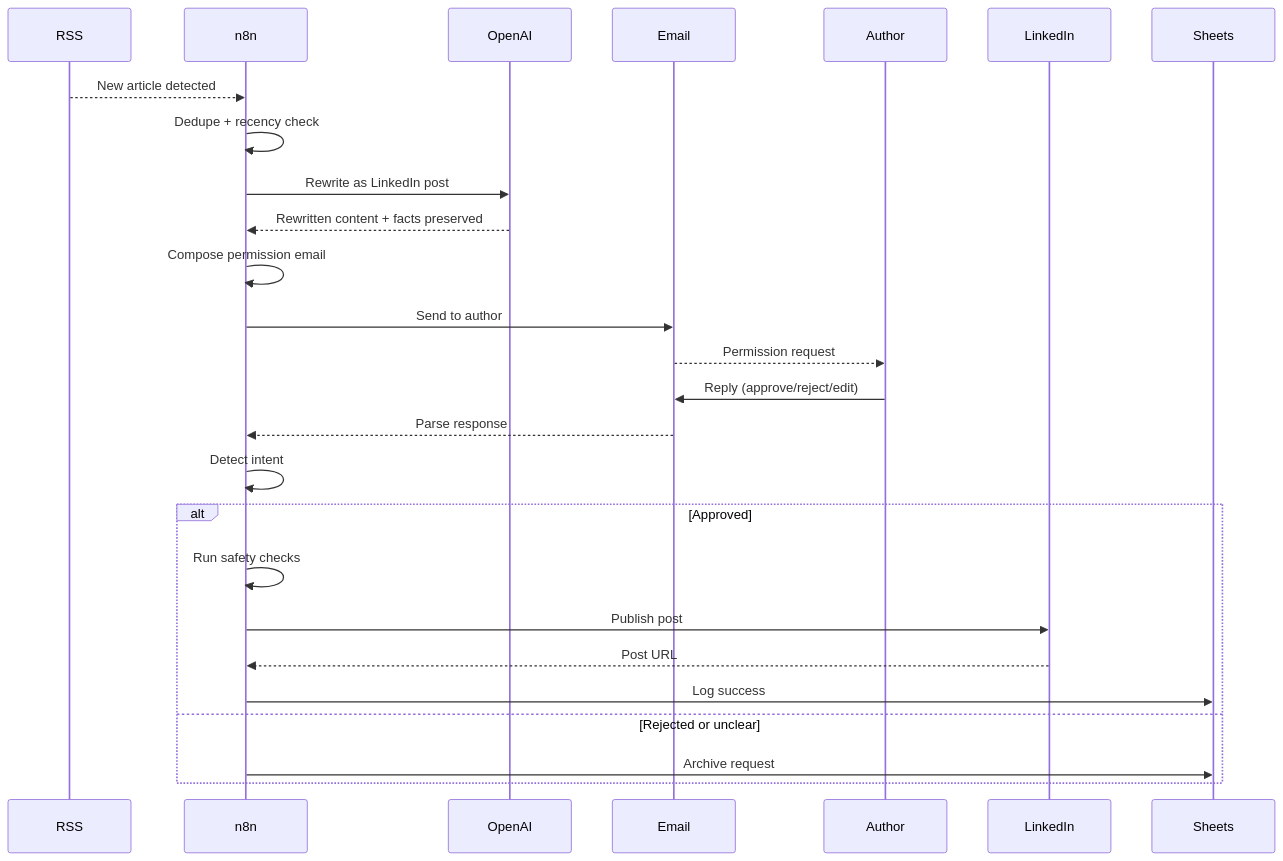
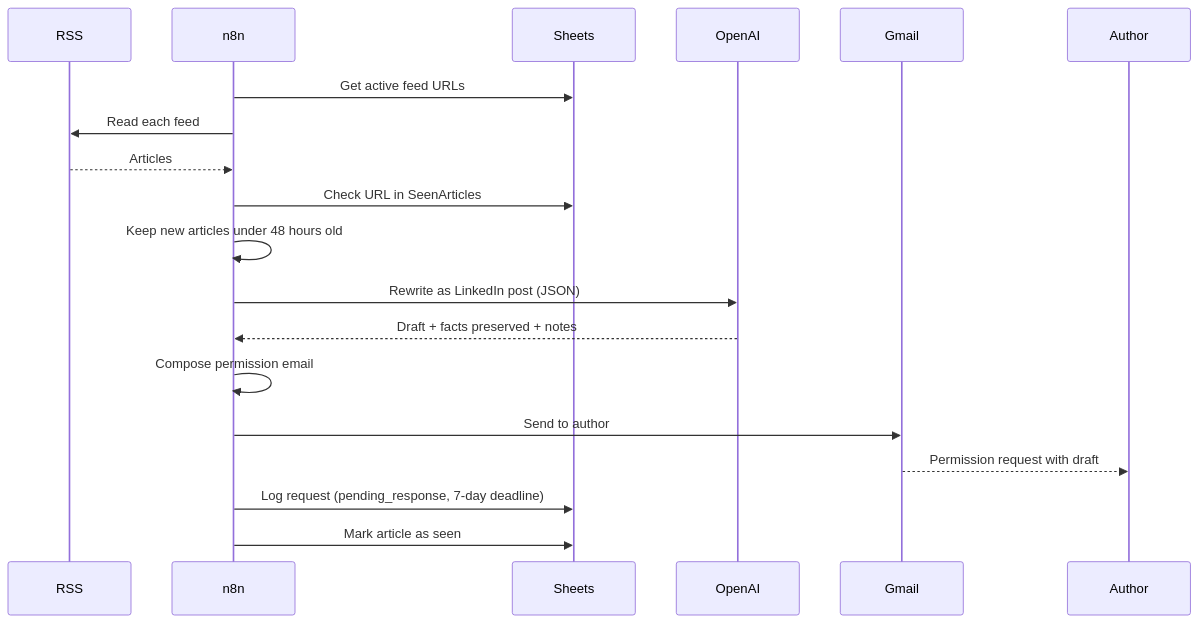
Before and after one commit to khaledabdelaziz1330-dot/Khaled-AI-Automation-Portfolio: the third of 4 diagrams in marketing-lead-engine/architecture.md, drawn with Mermaid. The commit also changed other lines of this file and 50 other files, not shown here.

````diff
--- a/marketing-lead-engine/architecture.md
+++ b/marketing-lead-engine/architecture.md
@@ -65,29 +59,22 @@
 ```mermaid
 sequenceDiagram
     participant RSS
     participant n8n
+    participant Sheets
     participant OpenAI
-    participant Email
+    participant Gmail
     participant Author
-    participant LinkedIn
-    participant Sheets
-    
-    RSS-->>n8n: New article detected
-    n8n->>n8n: Dedupe + recency check
-    n8n->>OpenAI: Rewrite as LinkedIn post
-    OpenAI-->>n8n: Rewritten content + facts preserved
+
+    n8n->>Sheets: Get active feed URLs
+    n8n->>RSS: Read each feed
+    RSS-->>n8n: Articles
+    n8n->>Sheets: Check URL in SeenArticles
+    n8n->>n8n: Keep new articles under 48 hours old
+    n8n->>OpenAI: Rewrite as LinkedIn post (JSON)
+    OpenAI-->>n8n: Draft + facts preserved + notes
     n8n->>n8n: Compose permission email
-    n8n->>Email: Send to author
-    Email-->>Author: Permission request
-    Author->>Email: Reply (approve/reject/edit)
-    Email-->>n8n: Parse response
-    n8n->>n8n: Detect intent
-    alt Approved
-        n8n->>n8n: Run safety checks
-        n8n->>LinkedIn: Publish post
-        LinkedIn-->>n8n: Post URL
-        n8n->>Sheets: Log success
-    else Rejected or unclear
-        n8n->>Sheets: Archive request
-    end
+    n8n->>Gmail: Send to author
+    Gmail-->>Author: Permission request with draft
+    n8n->>Sheets: Log request (pending_response, 7-day deadline)
+    n8n->>Sheets: Mark article as seen
 ```
````
